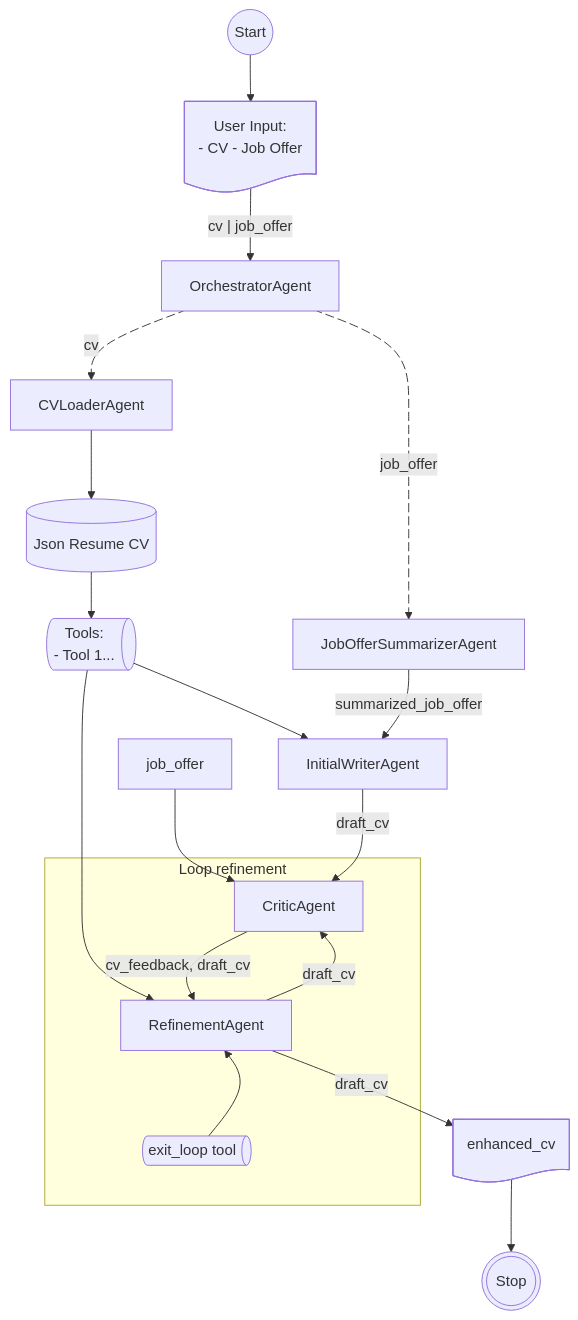
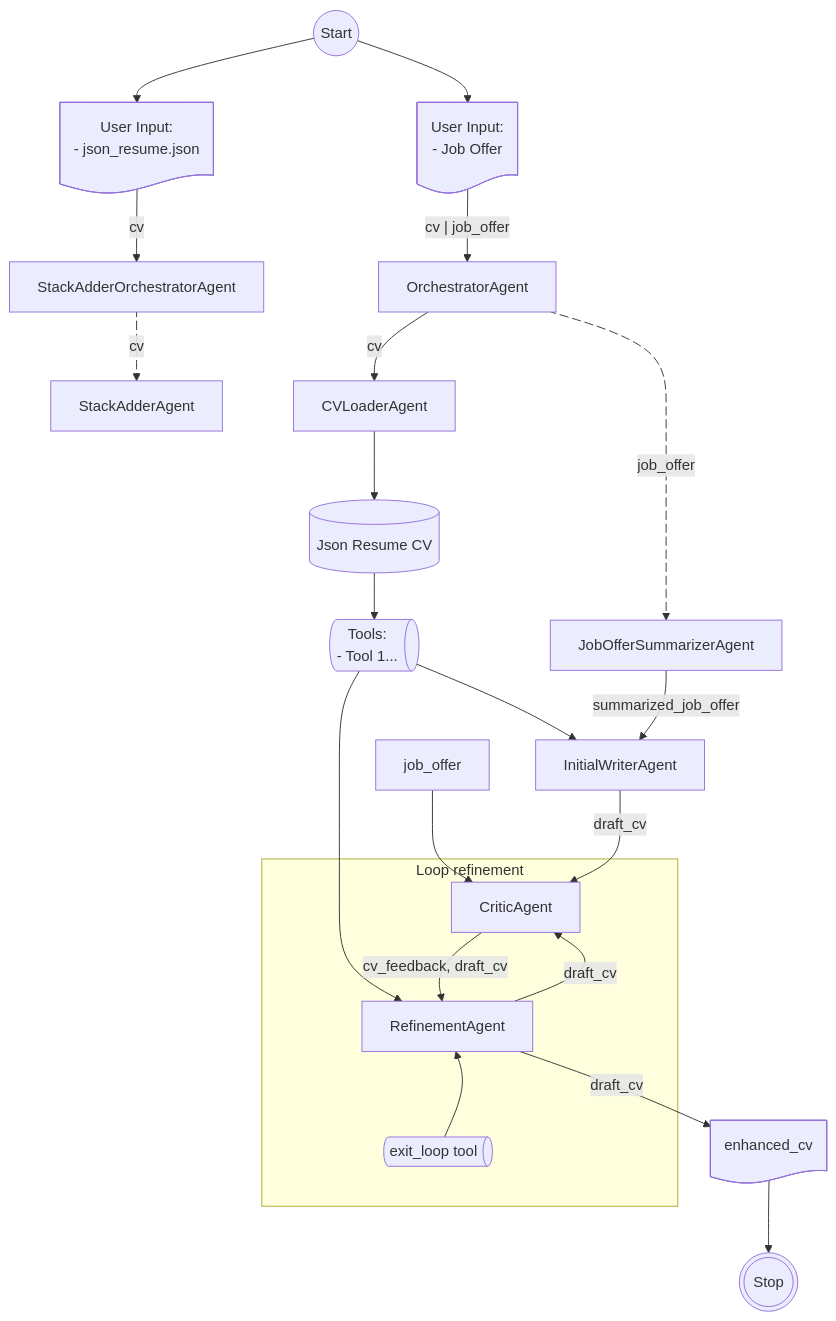
Before and after one commit to framunoz/cv-enhancer-gen-ai: the diagram in README.md, drawn with Mermaid. The commit also changed other lines of this file and 13 other files, not shown here.

````diff
--- a/README.md
+++ b/README.md
@@ -3,31 +3,36 @@
 ```mermaid
 flowchart TD
     Start@{ shape: circle }
 
-    Start --> user_input@{ shape: doc, label: "User Input:\n- CV - Job Offer" }
+    Start --> user_input_cv@{ shape: doc, label: "User Input:\n- json_resume.json" }
+    user_input_cv -- cv --> StackAdderOrchestratorAgent@{ shape: rect }
+    StackAdderOrchestratorAgent e1@-- cv --> StackAdderAgent@{ shape: rect }
+
+
+    Start --> user_input@{ shape: doc, label: "User Input:\n- Job Offer" }
     user_input -- cv | job_offer --> OrchestratorAgent@{ shape: rect }
     OrchestratorAgent e1@-- cv --> CVLoaderAgent@{ shape: rect }
     e1@{ animation: fast }
     OrchestratorAgent e2@-- job_offer --> JobOfferSummarizerAgent
     e2@{ animation: fast }
 
     CVLoaderAgent --> JsonCV[(Json Resume CV)]
     JsonCV --> Tools@{ shape: das, label: "Tools:\n- Tool 1..." }
     Tools --> InitialWriterAgent
     Tools --> RefinementAgent
 
     job_offer --> CriticAgent
     JobOfferSummarizerAgent@{ shape: rect }
     JobOfferSummarizerAgent -- summarized_job_offer --> InitialWriterAgent@{ shape: rect }
     InitialWriterAgent -- draft_cv --> CriticAgent
     subgraph Loop refinement
         CriticAgent@{ shape: rect }
         CriticAgent -- cv_feedback, draft_cv --> RefinementAgent@{ shape: rect }
         RefinementAgent -- draft_cv --> CriticAgent
         exit_loop@{ shape: das, label: "exit_loop tool" } --> RefinementAgent
         RefinementAgent ~~~ exit_loop
     end
 
     RefinementAgent -- draft_cv --> enhanced_cv@{ shape: doc }
     enhanced_cv --> Stop@{ shape: dbl-circ }
 ```
````
